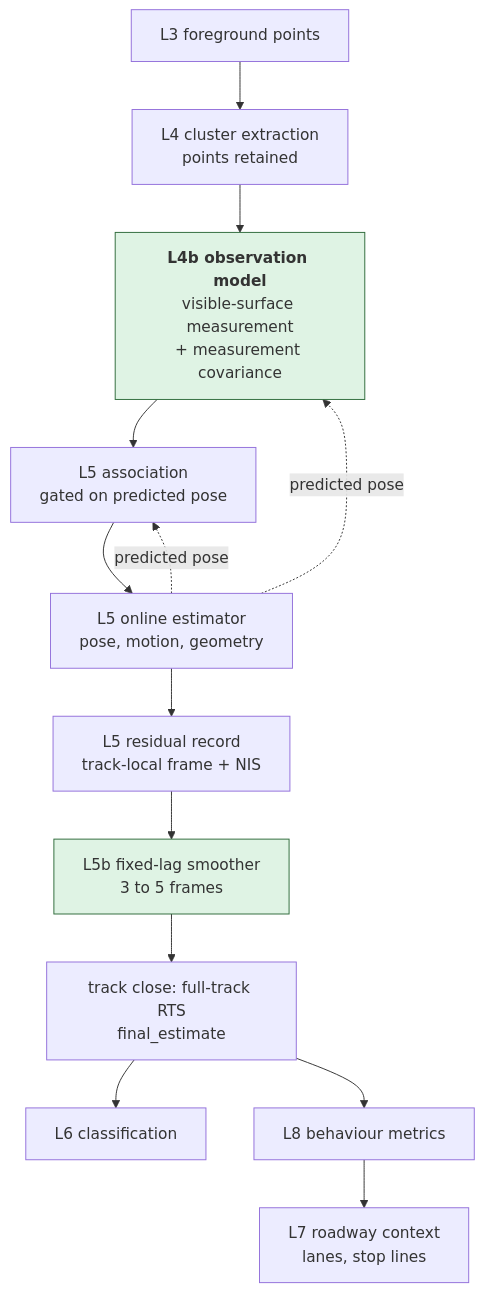
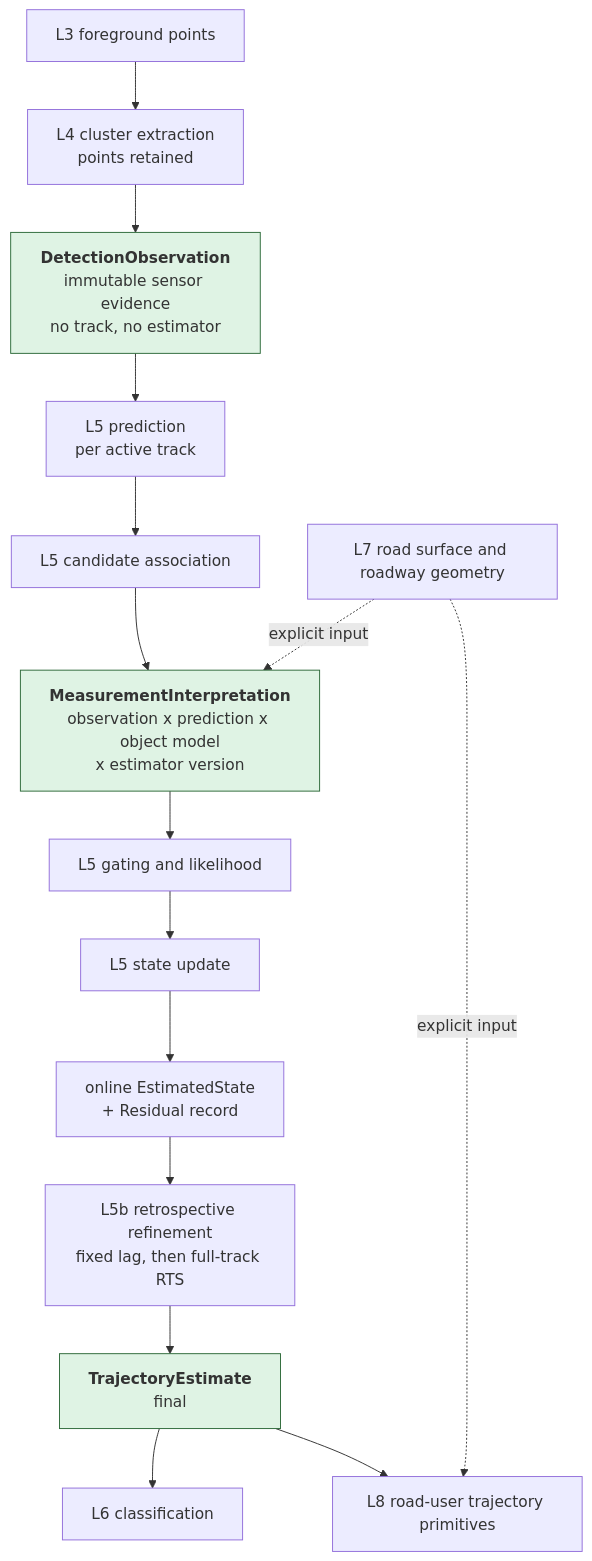
The second of 2 diagrams in docs/plans/lidar-state-estimation-plan.md (banshee-data/velocity.report), drawn with Mermaid before and after one commit. The commit also changed other lines of this file and 1 other file, not shown here.

First line of the commit message:
[ai][docs] revise both LiDAR plans: road users, evidence split, elevation

````diff
--- a/docs/plans/lidar-state-estimation-plan.md
+++ b/docs/plans/lidar-state-estimation-plan.md
@@ -301,17 +379,20 @@
 ```mermaid
 flowchart TB
     A["L3 foreground points"] --> B["L4 cluster extraction<br/>points retained"]
-    B --> C["<b>L4b observation model</b><br/>visible-surface measurement<br/>+ measurement covariance"]
-    C --> D["L5 association<br/>gated on predicted pose"]
-    D --> E["L5 online estimator<br/>pose, motion, geometry"]
-    E --> F["L5 residual record<br/>track-local frame + NIS"]
-    F --> G["L5b fixed-lag smoother<br/>3 to 5 frames"]
-    G --> H["track close: full-track RTS<br/>final_estimate"]
-    H --> I["L6 classification"]
-    H --> J["L8 behaviour metrics"]
-    J --> K["L7 roadway context<br/>lanes, stop lines"]
-    E -.predicted pose.-> C
-    E -.predicted pose.-> D
+    B --> C["<b>DetectionObservation</b><br/>immutable sensor evidence<br/>no track, no estimator"]
+    C --> D["L5 prediction<br/>per active track"]
+    D --> E["L5 candidate association"]
+    E --> F["<b>MeasurementInterpretation</b><br/>observation x prediction x object model<br/>x estimator version"]
+    F --> G["L5 gating and likelihood"]
+    G --> H["L5 state update"]
+    H --> I["online EstimatedState<br/>+ Residual record"]
+    I --> J["L5b retrospective refinement<br/>fixed lag, then full-track RTS"]
+    J --> K["<b>TrajectoryEstimate</b><br/>final"]
+    K --> L["L6 classification"]
+    K --> M["L8 road-user trajectory primitives"]
+    N["L7 road surface and roadway geometry"] -.explicit input.-> F
+    N -.explicit input.-> M
     style C fill:#dff3e4,stroke:#2f6b3b
-    style G fill:#dff3e4,stroke:#2f6b3b
+    style F fill:#dff3e4,stroke:#2f6b3b
+    style K fill:#dff3e4,stroke:#2f6b3b
 ```
````
